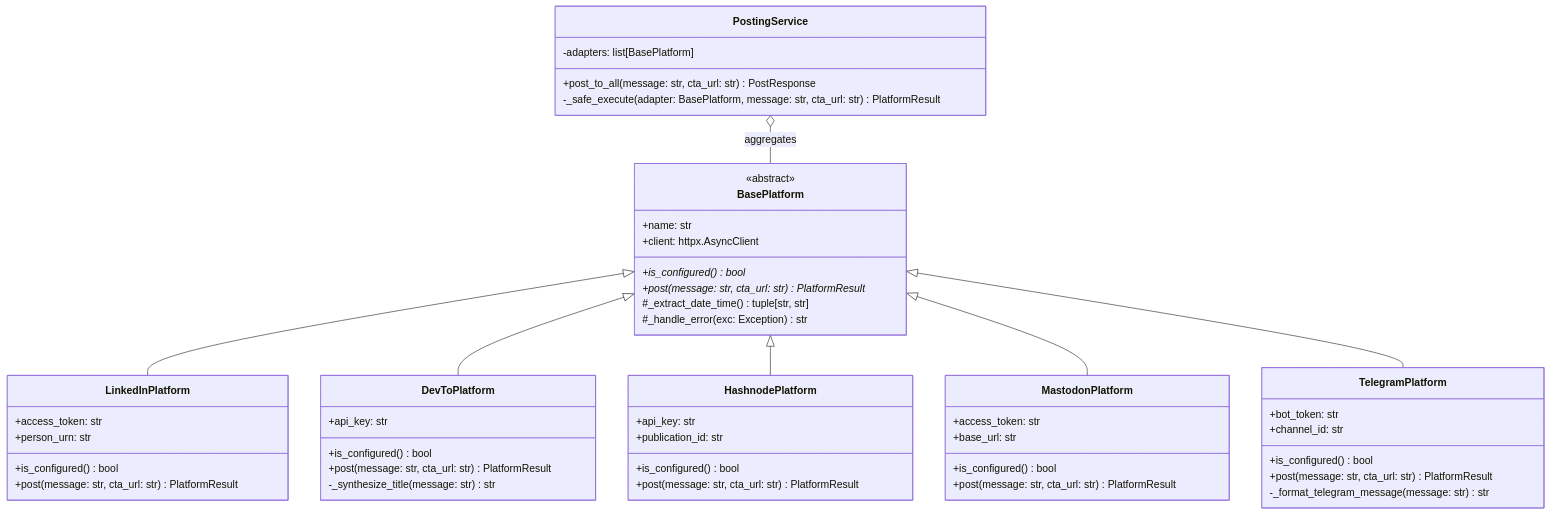
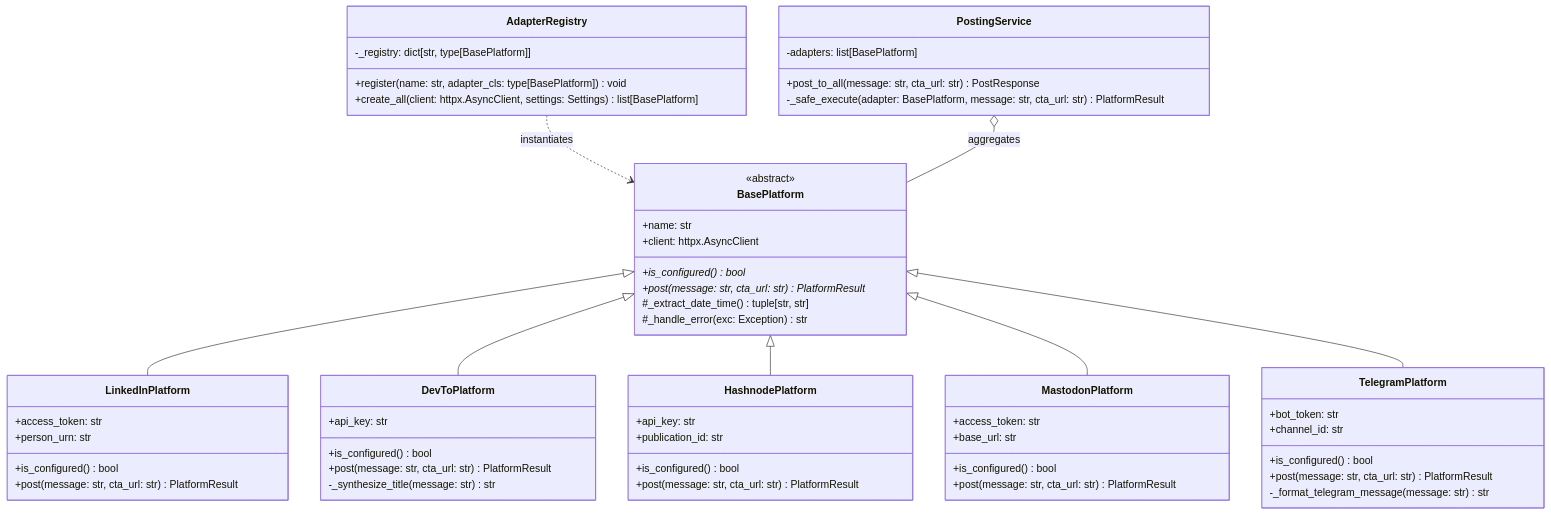
Before and after one commit to piyushmakhija28/automated-posting: the diagram in docs/lld/01-class-and-object-design.md, drawn with Mermaid. The commit also changed other lines of this file and 3 other files, not shown here.

````diff
--- a/docs/lld/01-class-and-object-design.md
+++ b/docs/lld/01-class-and-object-design.md
@@ -16,62 +16,69 @@
 ```mermaid
 classDiagram
     class BasePlatform {
         <<abstract>>
         +name: str
         +client: httpx.AsyncClient
         +is_configured() bool*
         +post(message: str, cta_url: str) PlatformResult*
         #_extract_date_time() tuple[str, str]
         #_handle_error(exc: Exception) str
     }
 
     class LinkedInPlatform {
         +access_token: str
         +person_urn: str
         +is_configured() bool
         +post(message: str, cta_url: str) PlatformResult
     }
 
     class DevToPlatform {
         +api_key: str
         +is_configured() bool
         +post(message: str, cta_url: str) PlatformResult
         -_synthesize_title(message: str) str
     }
 
     class HashnodePlatform {
         +api_key: str
         +publication_id: str
         +is_configured() bool
         +post(message: str, cta_url: str) PlatformResult
     }
 
     class MastodonPlatform {
         +access_token: str
         +base_url: str
         +is_configured() bool
         +post(message: str, cta_url: str) PlatformResult
     }
 
     class TelegramPlatform {
         +bot_token: str
         +channel_id: str
         +is_configured() bool
         +post(message: str, cta_url: str) PlatformResult
         -_format_telegram_message(message: str) str
     }
 
     BasePlatform <|-- LinkedInPlatform
     BasePlatform <|-- DevToPlatform
     BasePlatform <|-- HashnodePlatform
     BasePlatform <|-- MastodonPlatform
     BasePlatform <|-- TelegramPlatform
 
+    class AdapterRegistry {
+        -_registry: dict[str, type[BasePlatform]]
+        +register(name: str, adapter_cls: type[BasePlatform]) void
+        +create_all(client: httpx.AsyncClient, settings: Settings) list[BasePlatform]
+    }
+
     class PostingService {
         -adapters: list[BasePlatform]
         +post_to_all(message: str, cta_url: str) PostResponse
         -_safe_execute(adapter: BasePlatform, message: str, cta_url: str) PlatformResult
     }
 
+    AdapterRegistry ..> BasePlatform : instantiates
     PostingService o-- BasePlatform : aggregates
 ```
````
